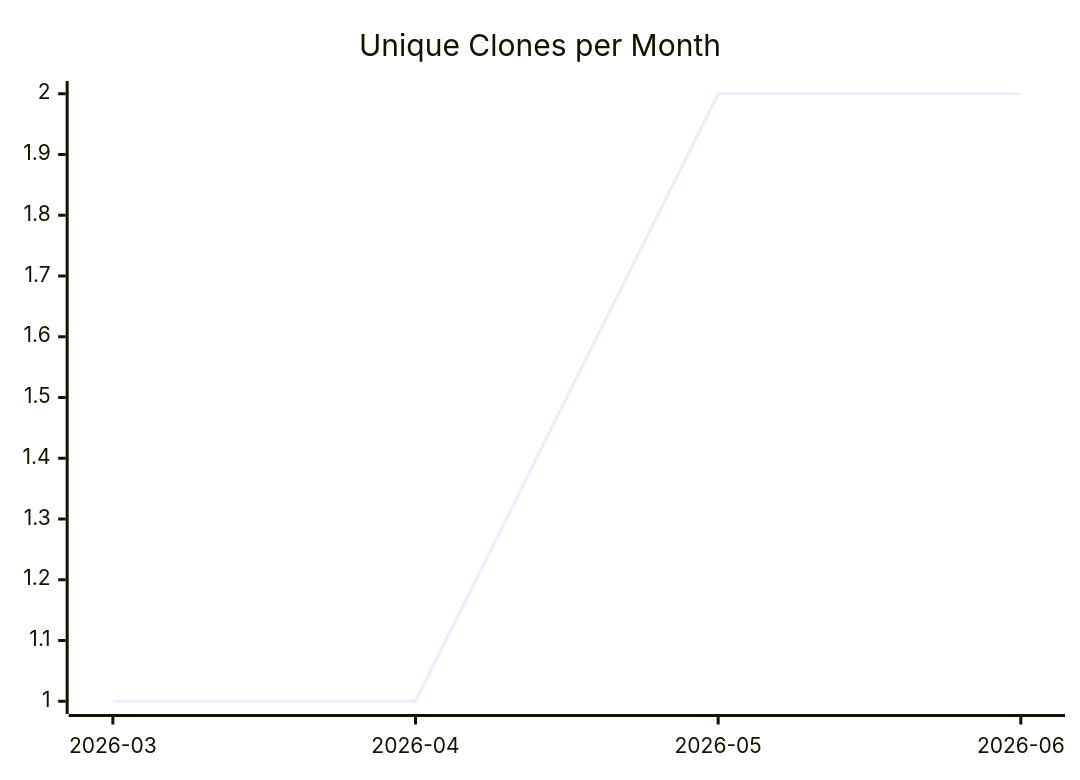
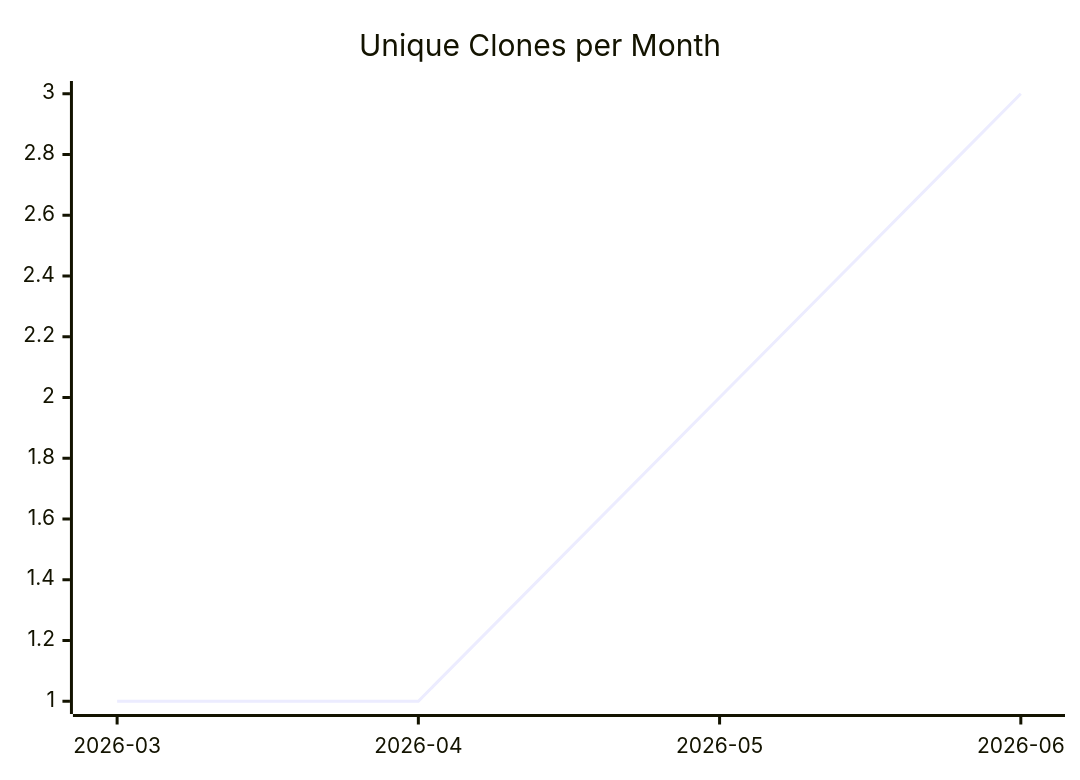
The third of 3 diagrams in karlmdavis/ansible-role-acmetool/README.md (justdavis-family/github-analytics-data), drawn with Mermaid before and after one commit. The commit also changed other lines of this file and 197 other files, not shown here.

````diff
--- a/karlmdavis/ansible-role-acmetool/README.md
+++ b/karlmdavis/ansible-role-acmetool/README.md
@@ -19,6 +19,6 @@
 ```mermaid
 xychart-beta
   title "Unique Clones per Month"
   x-axis ["2026-03", "2026-04", "2026-05", "2026-06"]
-  line [1, 1, 2, 2]
+  line [1, 1, 2, 3]
 ```
````
